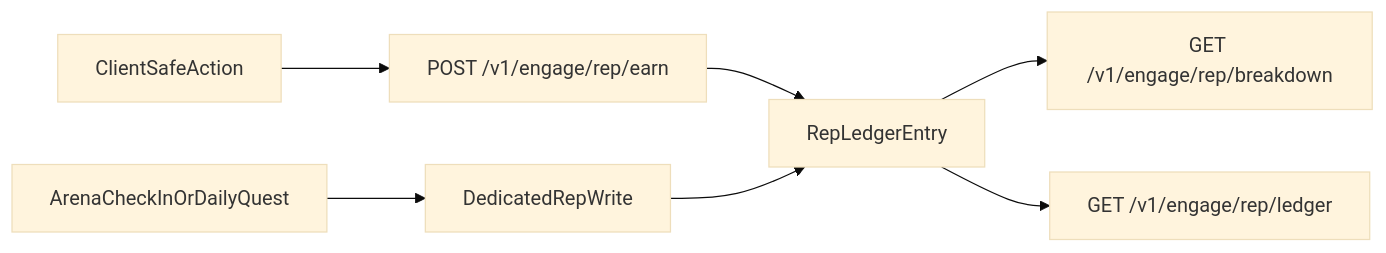
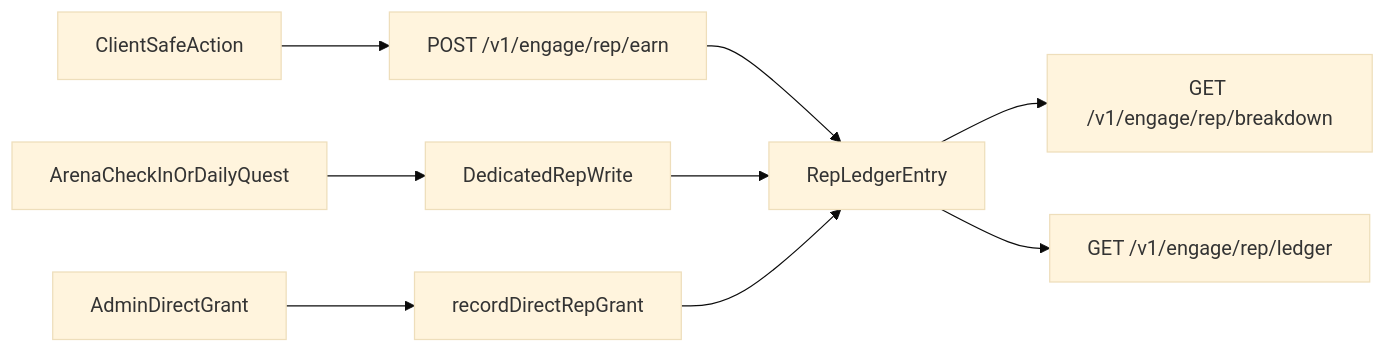
One commit to D-Sports-Ecosystem/docs changed the diagram in repositories/d-sports-api/fan-rep/architecture.mdx. Above: the diagram before and after it, drawn with Mermaid (base theme). The commit also changed other lines of this file and 11 other files, not shown here.

First line of the commit message:
docs: match Fan Rep to upcoming dsportsDirect grants

````diff
--- a/repositories/d-sports-api/fan-rep/architecture.mdx
+++ b/repositories/d-sports-api/fan-rep/architecture.mdx
@@ -31,9 +42,11 @@
 ```mermaid
 flowchart LR
   clientAction[ClientSafeAction] --> earnRoute[POST /v1/engage/rep/earn]
   dedicatedRoute[ArenaCheckInOrDailyQuest] --> dedicatedWrite[DedicatedRepWrite]
+  adminGrant[AdminDirectGrant] --> directWrite[recordDirectRepGrant]
   earnRoute --> ledger[RepLedgerEntry]
   dedicatedWrite --> ledger
+  directWrite --> ledger
   ledger --> breakdown[GET /v1/engage/rep/breakdown]
   ledger --> history[GET /v1/engage/rep/ledger]
 ```
````
